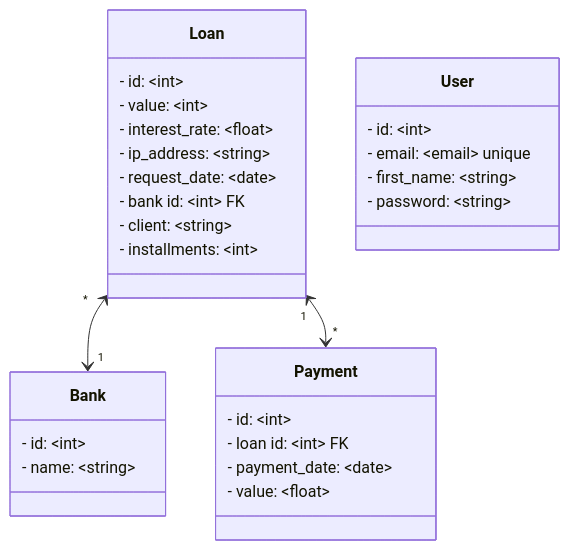
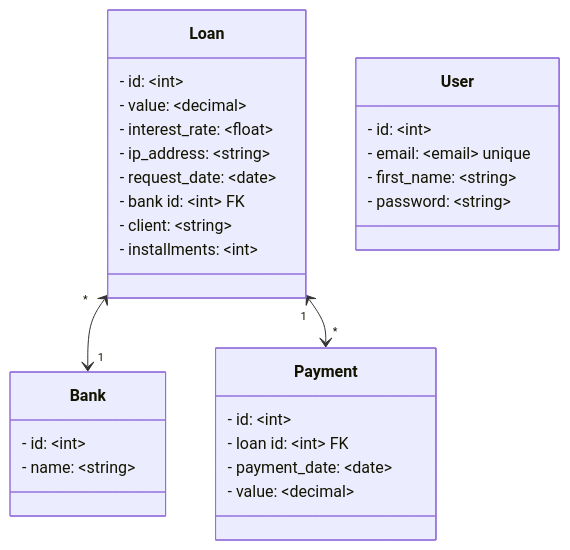
One commit to fczanetti/loan_api changed the diagram in README.md. Above: the diagram before and after it, drawn with Mermaid.

````diff
--- a/README.md
+++ b/README.md
@@ -49,36 +49,36 @@
 ```mermaid
 classDiagram
 
     Loan "*" <--> "1" Bank
     Loan "1" <--> "*" Payment
 
     class Bank {
         - id: ~int~
         - name: ~string~
     }
 
     class Loan {
         - id: ~int~
-        - value: ~int~
+        - value: ~decimal~
         - interest_rate: ~float~
         - ip_address: ~string~
         - request_date: ~date~
         - bank id: ~int~ FK
         - client: ~string~
         - installments: ~int~
     }
 
     class Payment {
         - id: ~int~
         - loan id: ~int~ FK
         - payment_date: ~date~
-        - value: ~float~
+        - value: ~decimal~
     }
 
     class User {
         - id: ~int~
         - email: ~email~ unique
         - first_name: ~string~
         - password: ~string~
     }
 ```
````
